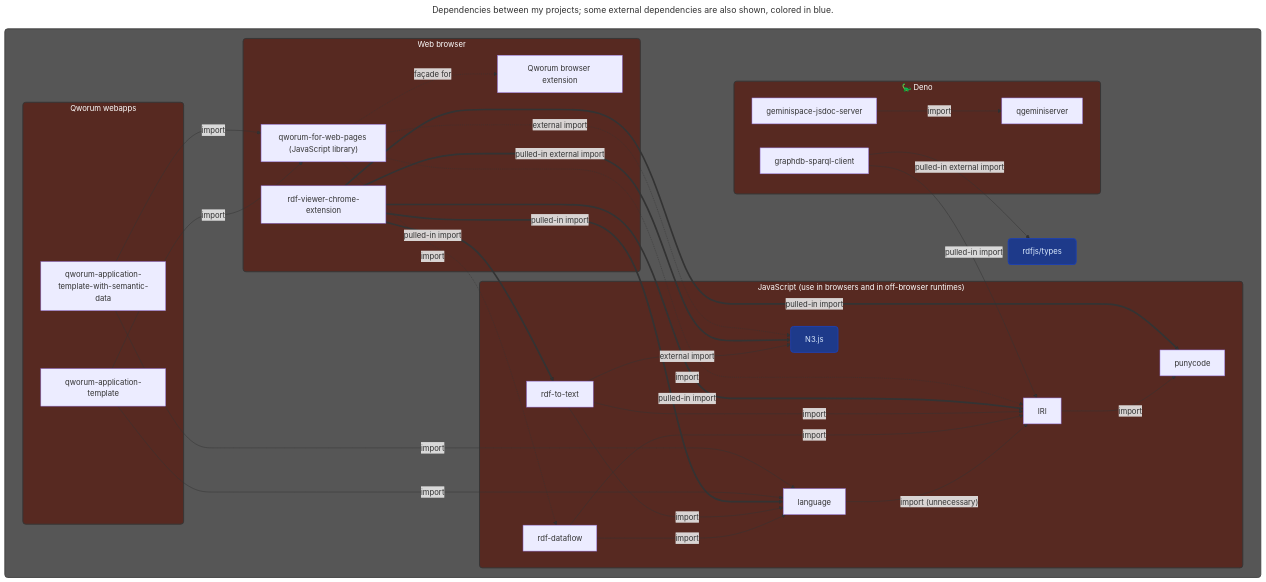
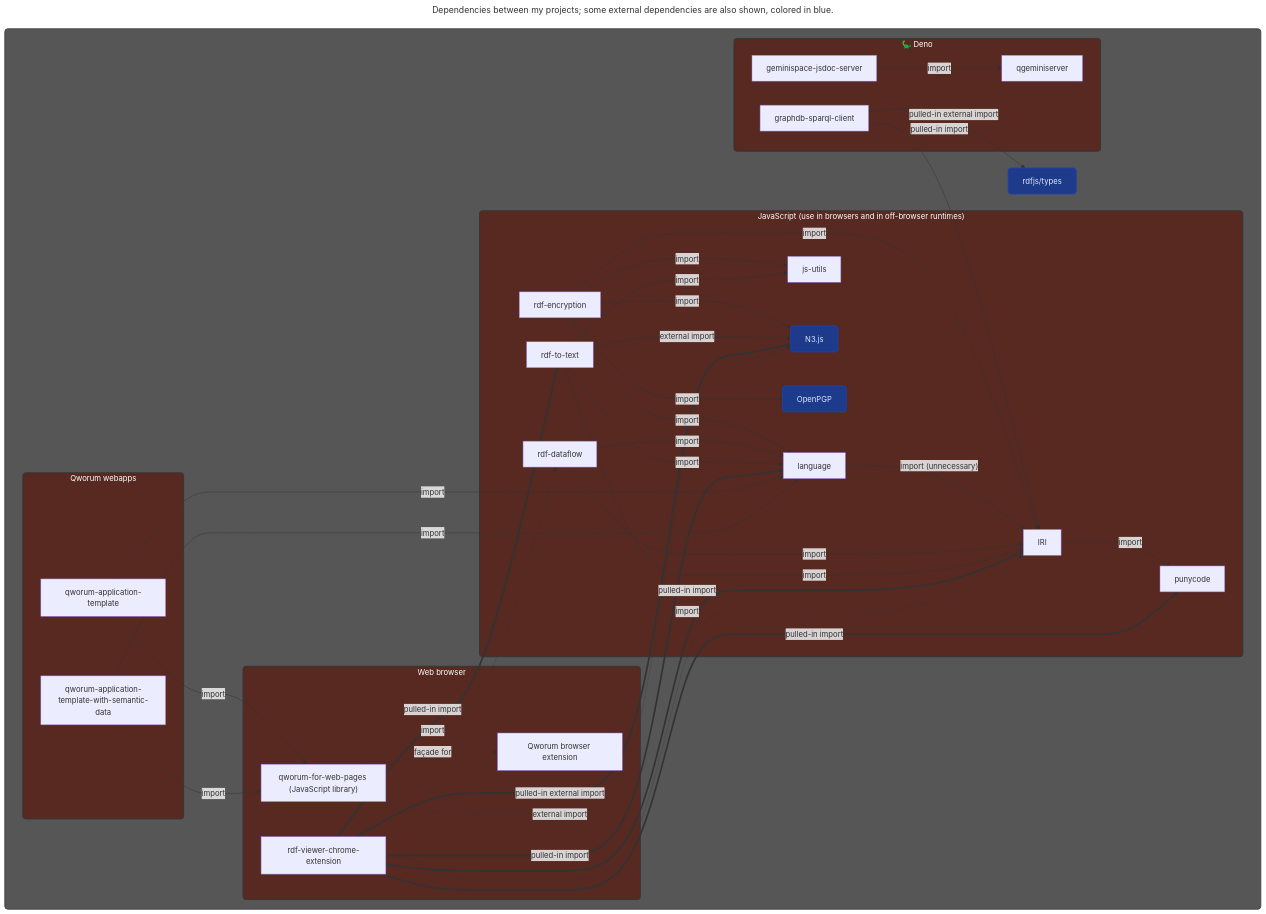
The diagram in README.md (doga/doga), drawn with Mermaid before and after one commit.

Commit message:
Add rdf-encryption and js-utils to README

```diff
--- a/README.md
+++ b/README.md
@@ -22,6 +22,9 @@
             language
             rdf-dataflow["rdf-dataflow"]
             rdf-to-text
+            rdf-encryption
+            js-utils
+            openpgp["OpenPGP"]:::external
             n3["N3.js"]:::external
         end
 
@@ -46,6 +49,11 @@
     end
 
     %% ═══ Edges ═══
+    rdf-encryption -- import --> language
+    rdf-encryption -- import --> IRI
+    rdf-encryption -- import --> js-utils
+    rdf-encryption -- import --> n3
+    rdf-encryption -- import --> openpgp
     IRI -- import --> punycode
     language -- import (unnecessary) --> IRI
     rdf-dataflow -- import --> IRI
@@ -53,6 +61,7 @@
     rdf-to-text -- external import --> n3
     rdf-to-text -- import --> IRI
     rdf-to-text -- import --> language
+    rdf-to-text -- import --> js-utils
     rdf-viewer-chrome-extension == pulled-in import ==> language
     rdf-viewer-chrome-extension == pulled-in import ==> IRI
     rdf-viewer-chrome-extension == pulled-in import ==> punycode
@@ -71,11 +80,14 @@
     qworum-application-template-with-semantic-data -- import --> qworum-for-web-pages
 
     %% ═══ Click targets ═══
+    click rdf-encryption "https://github.com/doga/rdf-encryption"
+    click openpgp "https://github.com/openpgpjs/openpgpjs"
     click punycode "https://github.com/doga/punycode"
     click IRI "https://github.com/doga/IRI"
     click language "https://github.com/doga/language"
     click rdf-dataflow "https://github.com/doga/rdf-dataflow"
     click rdf-to-text "https://github.com/doga/rdf-to-text"
+    click js-utils "https://github.com/doga/js-utils"
     click rdf-viewer-chrome-extension "https://github.com/doga/rdf-viewer-chrome-extension"
     click n3 "https://github.com/rdfjs/N3.js"
     click rdfjs-types "https://github.com/rdfjs/types"
```
